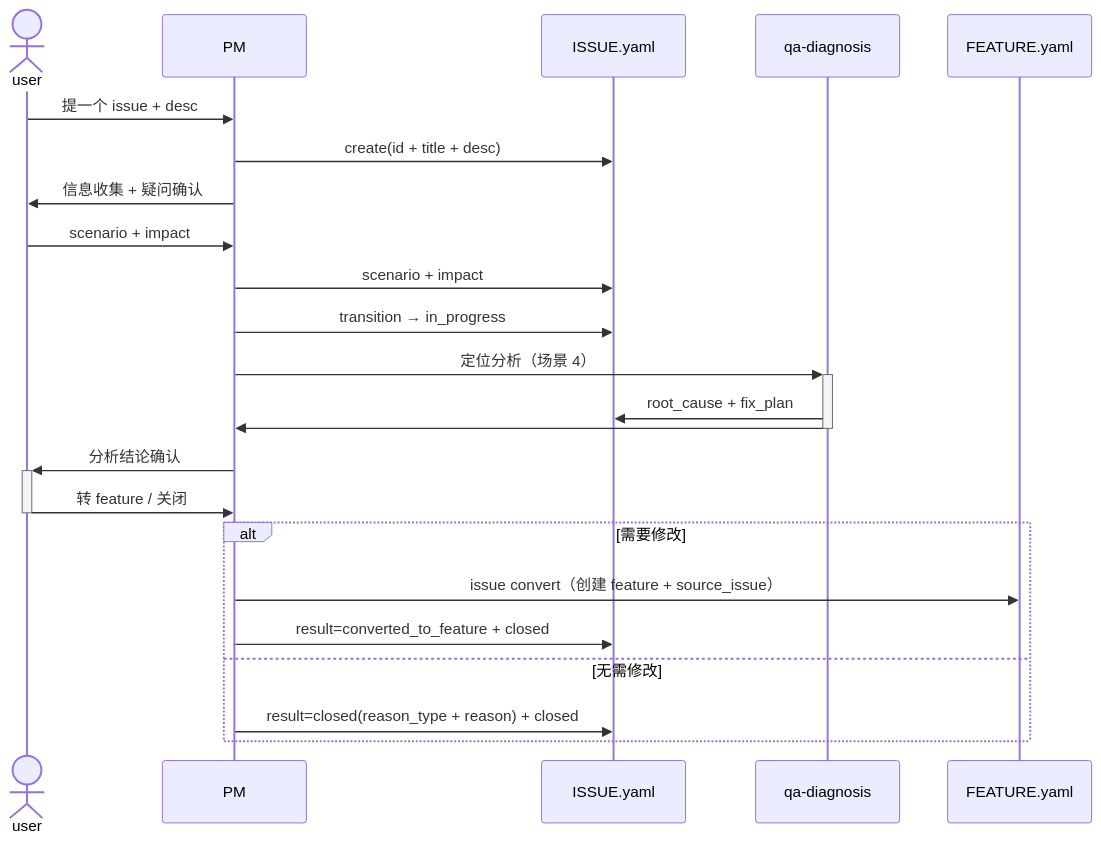
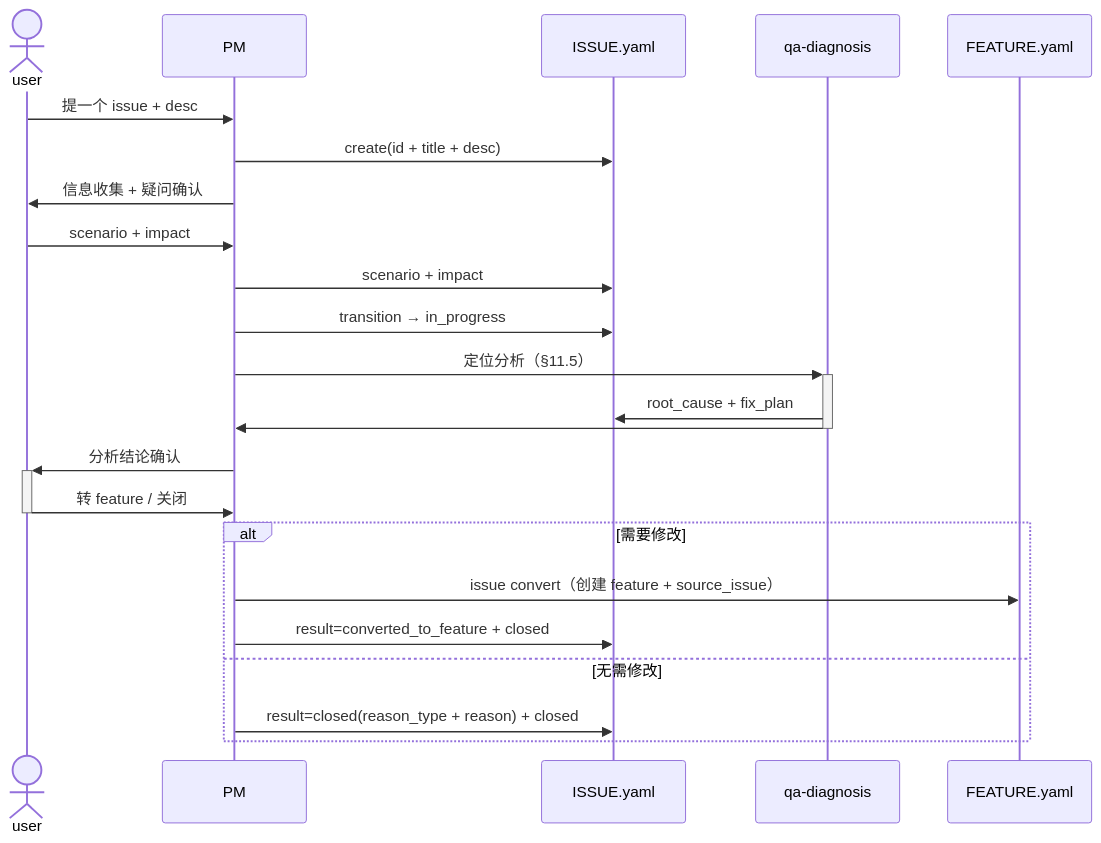
The third of 3 diagrams in system-prompt/agent-factory/agent-pm.md (JoeyAssistant/skill-repo), drawn with Mermaid before and after one commit. The commit also changed other lines of this file and 3 other files, not shown here.

````diff
--- a/system-prompt/agent-factory/agent-pm.md
+++ b/system-prompt/agent-factory/agent-pm.md
@@ -598,26 +589,26 @@
 ```mermaid
 sequenceDiagram
     actor user
     participant pm as PM
     participant issue as ISSUE.yaml
     participant diag as qa-diagnosis
     participant feat as FEATURE.yaml
 
     user->>pm: 提一个 issue + desc
     pm->>issue: create(id + title + desc)
     pm->>user: 信息收集 + 疑问确认
     user->>pm: scenario + impact
     pm->>issue: scenario + impact
     pm->>issue: transition → in_progress
-    pm->>+diag: 定位分析（场景 4）
+    pm->>+diag: 定位分析（§11.5）
     diag->>issue: root_cause + fix_plan
     diag->>-pm:
     pm->>+user: 分析结论确认
     user->>-pm: 转 feature / 关闭
     alt 需要修改
         pm->>feat: issue convert（创建 feature + source_issue）
         pm->>issue: result=converted_to_feature + closed
     else 无需修改
         pm->>issue: result=closed(reason_type + reason) + closed
     end
 ```
````
